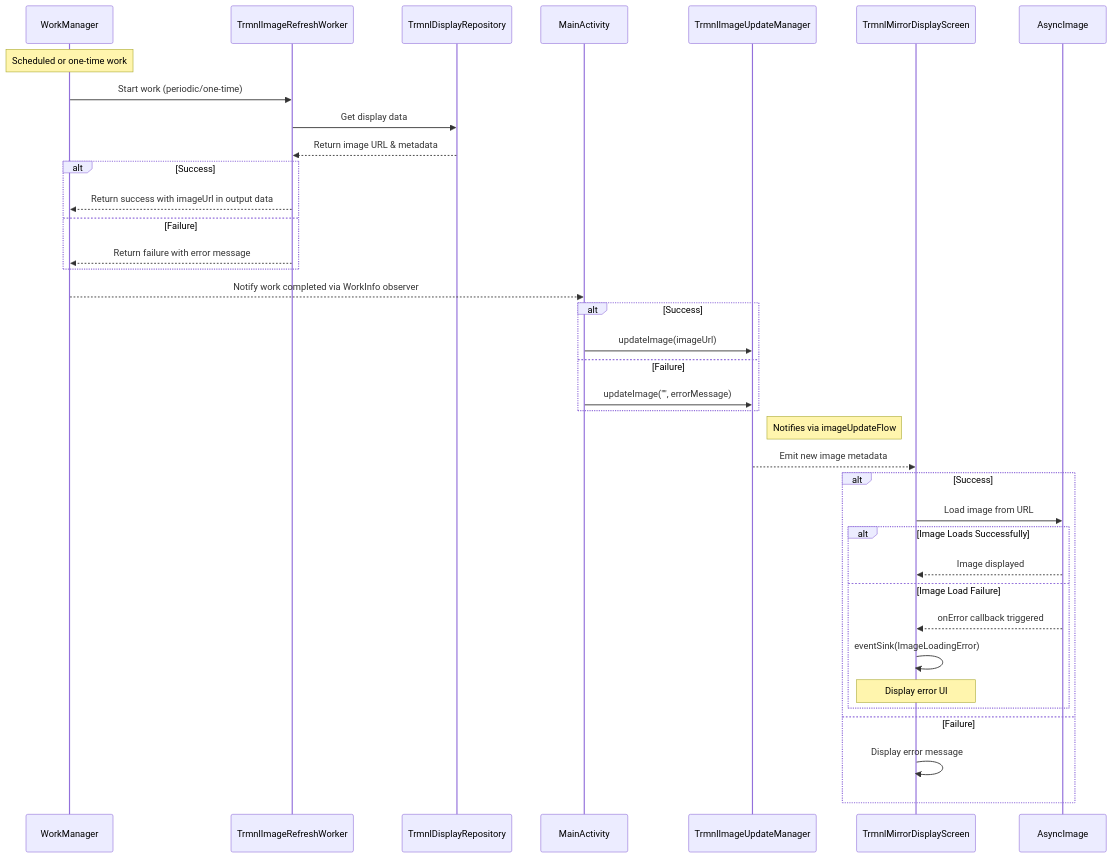
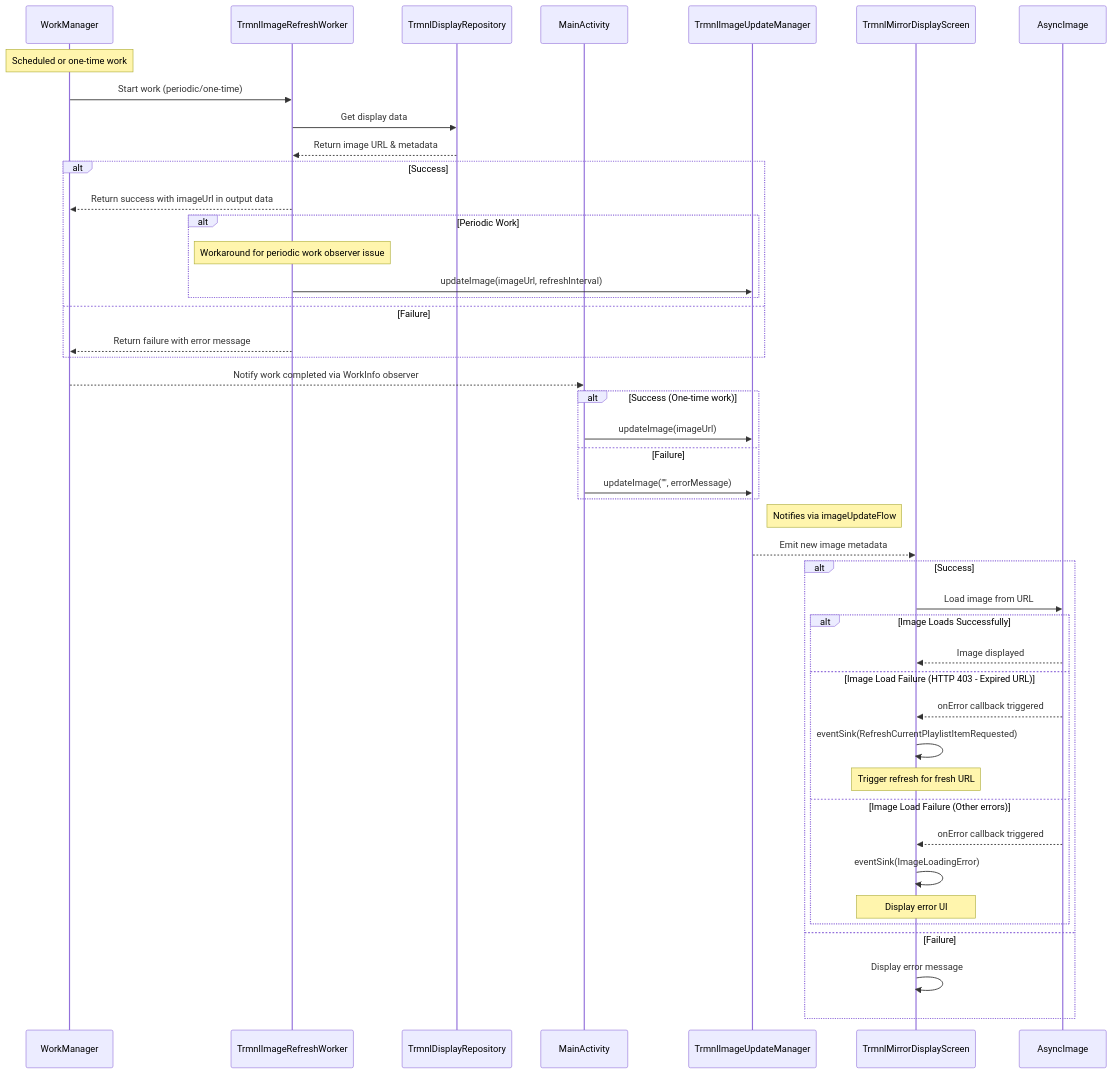
Before and after one commit to usetrmnl/trmnl-android: the diagram in CONTRIBUTING.md, drawn with Mermaid. The commit also changed other lines of this file, not shown here.

Commit message:
Update TRMNL App Image Loading Flow sequence diagram with accurate code flow

````diff
--- a/CONTRIBUTING.md
+++ b/CONTRIBUTING.md
@@ -116,49 +116,58 @@
 ```mermaid
 sequenceDiagram
     participant WorkManager
     participant TrmnlImageRefreshWorker
     participant TrmnlDisplayRepository
     participant MainActivity
     participant TrmnlImageUpdateManager
     participant TrmnlMirrorDisplayScreen
     participant AsyncImage
 
     Note over WorkManager: Scheduled or one-time work
 
     WorkManager->>TrmnlImageRefreshWorker: Start work (periodic/one-time)
     
     TrmnlImageRefreshWorker->>TrmnlDisplayRepository: Get display data
     TrmnlDisplayRepository-->>TrmnlImageRefreshWorker: Return image URL & metadata
     
     alt Success
         TrmnlImageRefreshWorker-->>WorkManager: Return success with imageUrl in output data
+        
+        alt Periodic Work
+            Note over TrmnlImageRefreshWorker: Workaround for periodic work observer issue
+            TrmnlImageRefreshWorker->>TrmnlImageUpdateManager: updateImage(imageUrl, refreshInterval)
+        end
     else Failure
         TrmnlImageRefreshWorker-->>WorkManager: Return failure with error message
     end
     
     WorkManager-->>MainActivity: Notify work completed via WorkInfo observer
 
-    alt Success
+    alt Success (One-time work)
         MainActivity->>TrmnlImageUpdateManager: updateImage(imageUrl)
     else Failure
         MainActivity->>TrmnlImageUpdateManager: updateImage("", errorMessage)
     end
 
     Note right of TrmnlImageUpdateManager: Notifies via imageUpdateFlow
 
     TrmnlImageUpdateManager-->>TrmnlMirrorDisplayScreen: Emit new image metadata
     
     alt Success
         TrmnlMirrorDisplayScreen->>AsyncImage: Load image from URL
         
         alt Image Loads Successfully
             AsyncImage-->>TrmnlMirrorDisplayScreen: Image displayed
-        else Image Load Failure
+        else Image Load Failure (HTTP 403 - Expired URL)
+            AsyncImage-->>TrmnlMirrorDisplayScreen: onError callback triggered
+            TrmnlMirrorDisplayScreen->>TrmnlMirrorDisplayScreen: eventSink(RefreshCurrentPlaylistItemRequested)
+            Note over TrmnlMirrorDisplayScreen: Trigger refresh for fresh URL
+        else Image Load Failure (Other errors)
             AsyncImage-->>TrmnlMirrorDisplayScreen: onError callback triggered
             TrmnlMirrorDisplayScreen->>TrmnlMirrorDisplayScreen: eventSink(ImageLoadingError)
             Note over TrmnlMirrorDisplayScreen: Display error UI
         end
     else Failure
         TrmnlMirrorDisplayScreen->>TrmnlMirrorDisplayScreen: Display error message
     end
 ```
````
